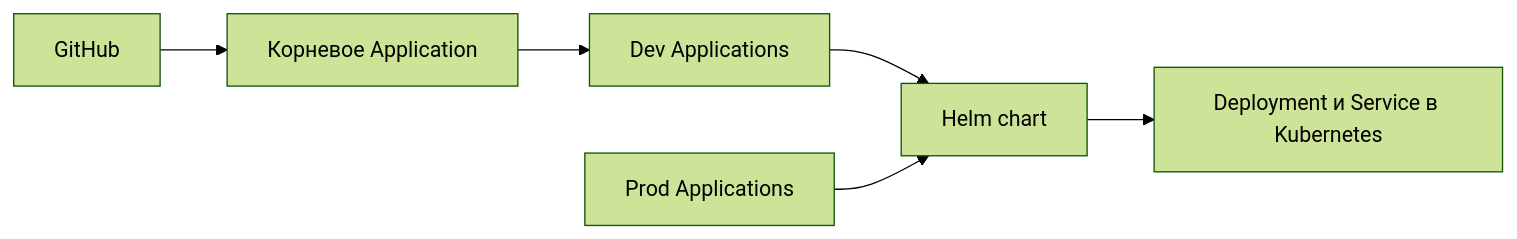
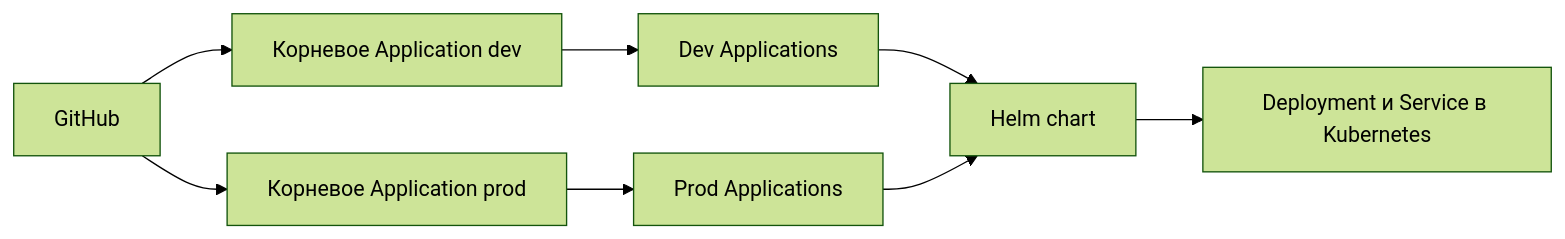
The diagram in README.md (maxkerim/argocd2), drawn with Mermaid (forest theme) before and after one commit. The commit also changed other lines of this file and 9 other files, not shown here.

Commit message:
Separate dev and prod Argo CD roots

````diff
--- a/README.md
+++ b/README.md
@@ -7,8 +7,10 @@
 ```mermaid
 flowchart LR
-    Git[GitHub] --> Root[Корневое Application]
-    Root --> Dev[Dev Applications]
+   Git[GitHub] --> RootDev[Корневое Application dev]
+   Git --> RootProd[Корневое Application prod]
+   RootDev --> Dev[Dev Applications]
+   RootProd --> Prod[Prod Applications]
     Dev --> Chart[Helm chart]
-    Prod[Prod Applications] --> Chart
+   Prod --> Chart
     Chart --> K8s[Deployment и Service в Kubernetes]
 ```
````
